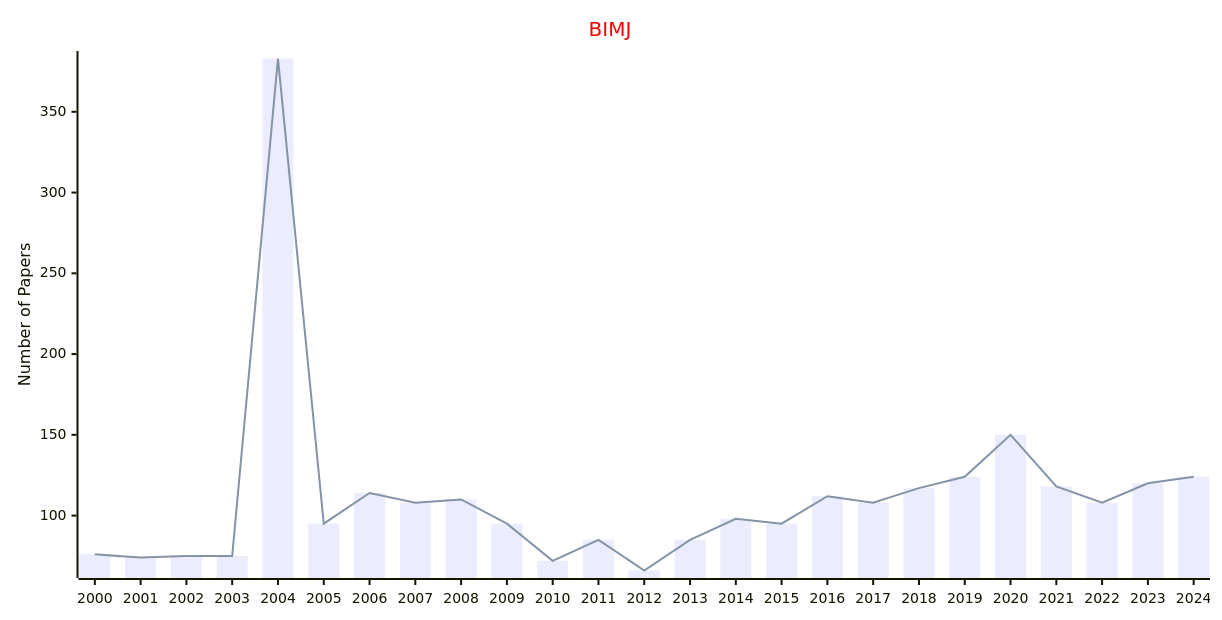
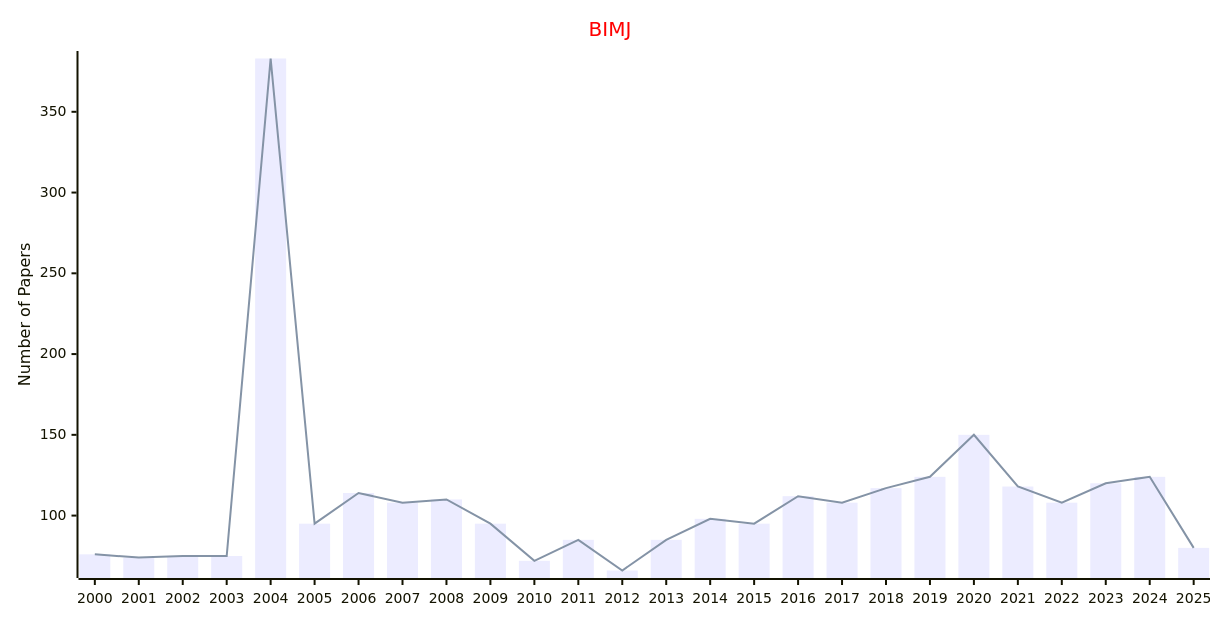
One commit to Easy-PhD/AILinks changed the diagram in docs/data/Journals/Statistics_Journals/Life_Sciences.md. Above: the diagram before and after it, drawn with Mermaid. The commit also changed 107 other files, not shown here.

````diff
--- a/docs/data/Journals/Statistics_Journals/Life_Sciences.md
+++ b/docs/data/Journals/Statistics_Journals/Life_Sciences.md
@@ -9,17 +9,17 @@
 ```mermaid
 ---
 config:
     xyChart:
         width: 1200
         height: 600
     themeVariables:
         xyChart:
             titleColor: "#ff0000"
 ---
 xychart-beta
     title "BIMJ"
-    x-axis [2000, 2001, 2002, 2003, 2004, 2005, 2006, 2007, 2008, 2009, 2010, 2011, 2012, 2013, 2014, 2015, 2016, 2017, 2018, 2019, 2020, 2021, 2022, 2023, 2024]
+    x-axis [2000, 2001, 2002, 2003, 2004, 2005, 2006, 2007, 2008, 2009, 2010, 2011, 2012, 2013, 2014, 2015, 2016, 2017, 2018, 2019, 2020, 2021, 2022, 2023, 2024, 2025]
     y-axis "Number of Papers"
-    bar [76, 74, 75, 75, 383, 95, 114, 108, 110, 95, 72, 85, 66, 85, 98, 95, 112, 108, 117, 124, 150, 118, 108, 120, 124]
-    line [76, 74, 75, 75, 383, 95, 114, 108, 110, 95, 72, 85, 66, 85, 98, 95, 112, 108, 117, 124, 150, 118, 108, 120, 124]
+    bar [76, 74, 75, 75, 383, 95, 114, 108, 110, 95, 72, 85, 66, 85, 98, 95, 112, 108, 117, 124, 150, 118, 108, 120, 124, 80]
+    line [76, 74, 75, 75, 383, 95, 114, 108, 110, 95, 72, 85, 66, 85, 98, 95, 112, 108, 117, 124, 150, 118, 108, 120, 124, 80]
 ```
````
